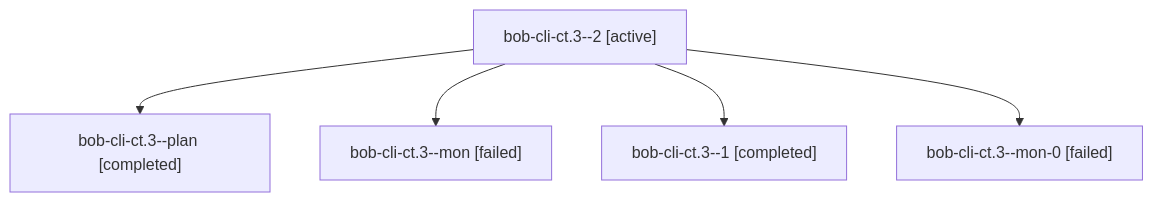
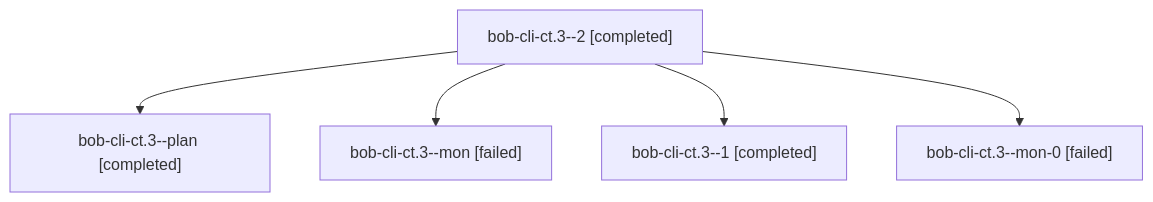
Before and after one commit to bobs-org/bob-cli--agents: the diagram in sessions/bbugyi200.athena.bob-cli-ct.3.md, drawn with Mermaid. The commit also changed other lines of this file and 25 other files, not shown here.

````diff
--- a/sessions/bbugyi200.athena.bob-cli-ct.3.md
+++ b/sessions/bbugyi200.athena.bob-cli-ct.3.md
@@ -9,12 +9,12 @@
 ```mermaid
 flowchart TD
-  n0["bob-cli-ct.3--2 [active]"]
+  n0["bob-cli-ct.3--2 [completed]"]
   n1["bob-cli-ct.3--plan [completed]"]
   n0 --> n1
   n2["bob-cli-ct.3--mon [failed]"]
   n0 --> n2
   n3["bob-cli-ct.3--1 [completed]"]
   n0 --> n3
   n4["bob-cli-ct.3--mon-0 [failed]"]
   n0 --> n4
 ```
````
